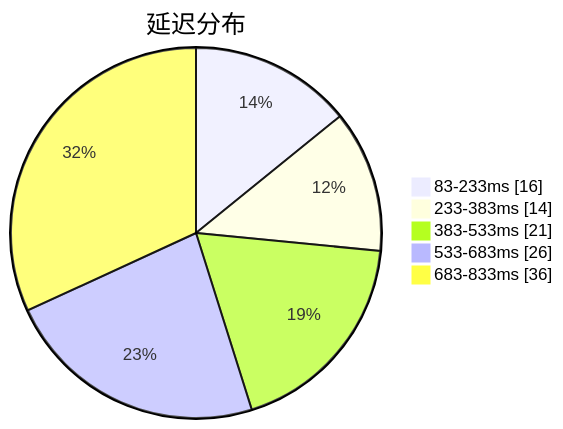
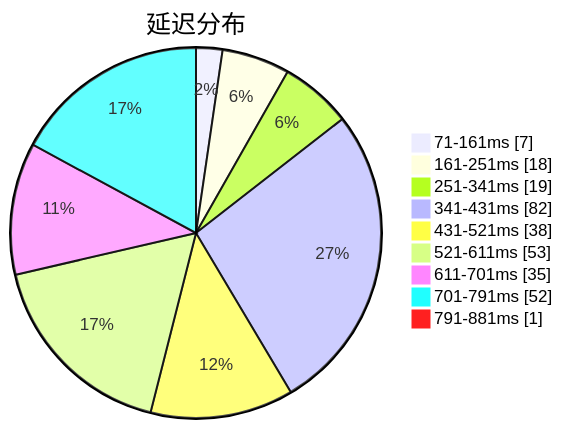
The first of 3 diagrams in subs/statistics/tested_within.md (sinspired/airport), drawn with Mermaid before and after one commit. The commit also changed other lines of this file and 2 other files, not shown here.

````diff
--- a/subs/statistics/tested_within.md
+++ b/subs/statistics/tested_within.md
@@ -2,9 +2,13 @@
 ```mermaid
 pie showData
 title 延迟分布
-"83-233ms" : 16
-"233-383ms" : 14
-"383-533ms" : 21
-"533-683ms" : 26
-"683-833ms" : 36
+"71-161ms" : 7
+"161-251ms" : 18
+"251-341ms" : 19
+"341-431ms" : 82
+"431-521ms" : 38
+"521-611ms" : 53
+"611-701ms" : 35
+"701-791ms" : 52
+"791-881ms" : 1
 ```
````
